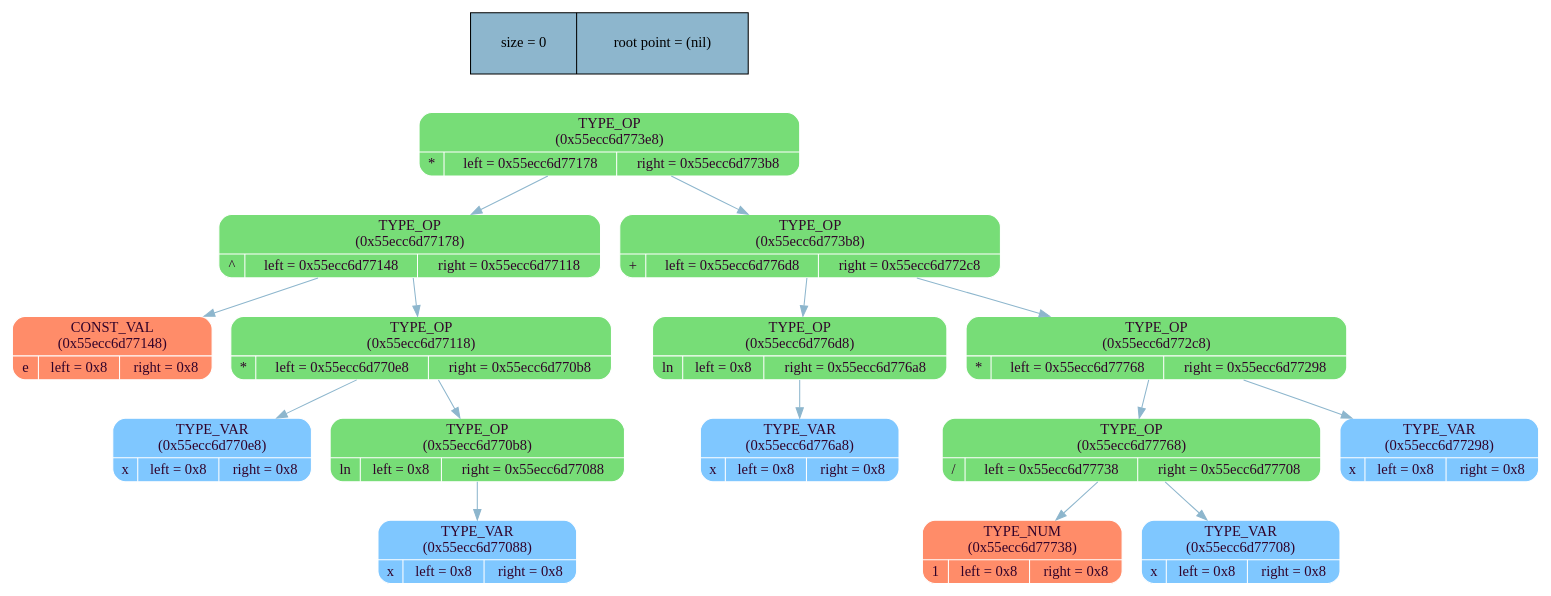
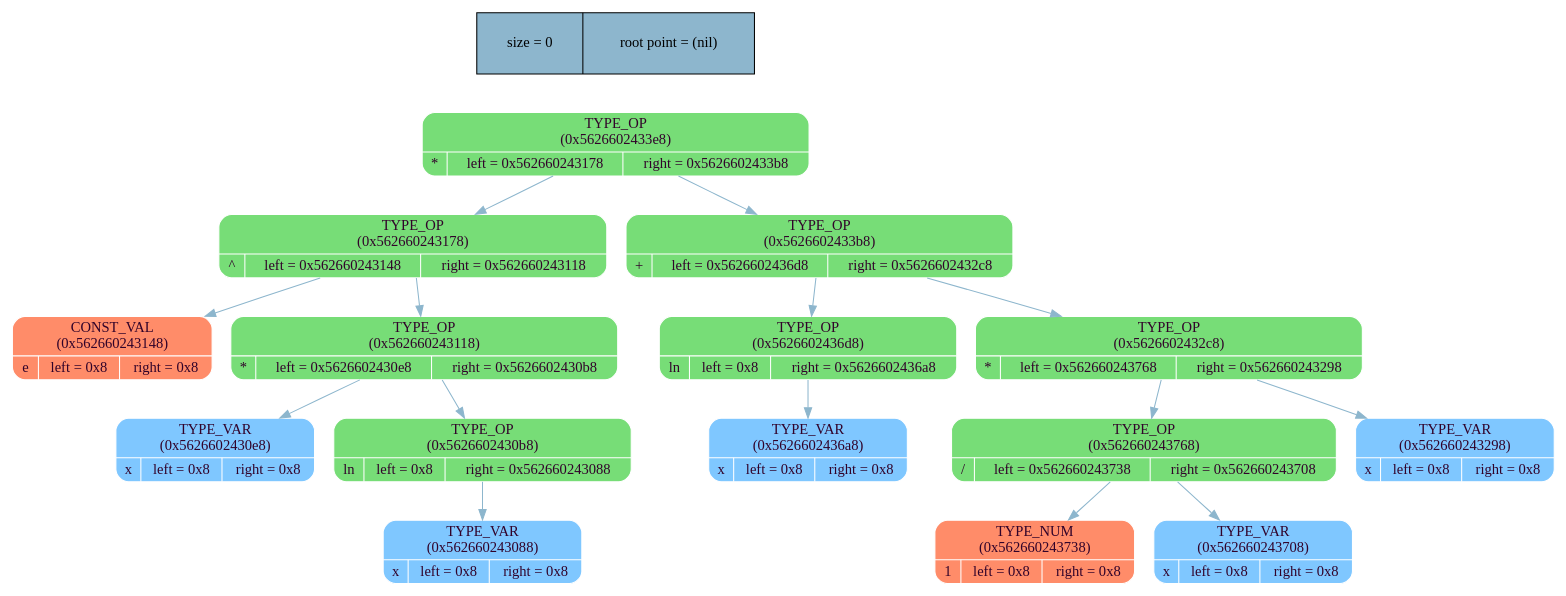
The diagram in tree/graph_lib/tree_dump.dot (MaxGroshev/differentiator), drawn with Graphviz before and after one commit. The commit also changed 7 other files, not shown here.

```diff
--- a/tree/graph_lib/tree_dump.dot
+++ b/tree/graph_lib/tree_dump.dot
@@ -1,38 +1,38 @@
 digraph   
 {
 rankdir = ""
 splines = "true"
 
 node_stat [margin = "0.3*0.3", style = "filled", shape = "record", fillcolor = "#8DB6CD" label = " size = 0 | root point = (nil)"]
 {rank = source; node_stat}
 
-node0x55ecc6d773e8 [shape = "Mrecord", fillcolor = "#77DD77", style = "filled", fontcolor = "#31032A", fontname = "Calibri", color = "white", label = "{TYPE_OP\n (0x55ecc6d773e8)| {* |left = 0x55ecc6d77178 |right = 0x55ecc6d773b8}}"]
-node0x55ecc6d773e8 -> node0x55ecc6d77178 [color = "#8DB6CD", style = "", constraint = true, fillcolor = "#8DB6CD",   fontcolor = "", fontname = "Calibri", label = ""];
-node0x55ecc6d77178 [shape = "Mrecord", fillcolor = "#77DD77", style = "filled", fontcolor = "#31032A", fontname = "Calibri", color = "white", label = "{TYPE_OP\n (0x55ecc6d77178)| {^ |left = 0x55ecc6d77148 |right = 0x55ecc6d77118}}"]
-node0x55ecc6d77178 -> node0x55ecc6d77148 [color = "#8DB6CD", style = "", constraint = true, fillcolor = "#8DB6CD",   fontcolor = "", fontname = "Calibri", label = ""];
-node0x55ecc6d77148 [shape = "Mrecord", fillcolor = "#FF8C69", style = "filled", fontcolor = "#31032A", fontname = "Calibri", color = "white", label = "{CONST_VAL\n (0x55ecc6d77148)| {e |left = 0x8 |right = 0x8}}"]
-node0x55ecc6d77178 -> node0x55ecc6d77118 [color = "#8DB6CD", style = "", constraint = true, fillcolor = "#8DB6CD",   fontcolor = "", fontname = "Calibri", label = ""];
-node0x55ecc6d77118 [shape = "Mrecord", fillcolor = "#77DD77", style = "filled", fontcolor = "#31032A", fontname = "Calibri", color = "white", label = "{TYPE_OP\n (0x55ecc6d77118)| {* |left = 0x55ecc6d770e8 |right = 0x55ecc6d770b8}}"]
-node0x55ecc6d77118 -> node0x55ecc6d770e8 [color = "#8DB6CD", style = "", constraint = true, fillcolor = "#8DB6CD",   fontcolor = "", fontname = "Calibri", label = ""];
-node0x55ecc6d770e8 [shape = "Mrecord", fillcolor = "#7FC7FF", style = "filled", fontcolor = "#31032A", fontname = "Calibri", color = "white", label = "{TYPE_VAR\n (0x55ecc6d770e8)| {x |left = 0x8 |right = 0x8}}"]
-node0x55ecc6d77118 -> node0x55ecc6d770b8 [color = "#8DB6CD", style = "", constraint = true, fillcolor = "#8DB6CD",   fontcolor = "", fontname = "Calibri", label = ""];
-node0x55ecc6d770b8 [shape = "Mrecord", fillcolor = "#77DD77", style = "filled", fontcolor = "#31032A", fontname = "Calibri", color = "white", label = "{TYPE_OP\n (0x55ecc6d770b8)| {ln |left = 0x8 |right = 0x55ecc6d77088}}"]
-node0x55ecc6d770b8 -> node0x55ecc6d77088 [color = "#8DB6CD", style = "", constraint = true, fillcolor = "#8DB6CD",   fontcolor = "", fontname = "Calibri", label = ""];
-node0x55ecc6d77088 [shape = "Mrecord", fillcolor = "#7FC7FF", style = "filled", fontcolor = "#31032A", fontname = "Calibri", color = "white", label = "{TYPE_VAR\n (0x55ecc6d77088)| {x |left = 0x8 |right = 0x8}}"]
-node0x55ecc6d773e8 -> node0x55ecc6d773b8 [color = "#8DB6CD", style = "", constraint = true, fillcolor = "#8DB6CD",   fontcolor = "", fontname = "Calibri", label = ""];
-node0x55ecc6d773b8 [shape = "Mrecord", fillcolor = "#77DD77", style = "filled", fontcolor = "#31032A", fontname = "Calibri", color = "white", label = "{TYPE_OP\n (0x55ecc6d773b8)| {+ |left = 0x55ecc6d776d8 |right = 0x55ecc6d772c8}}"]
-node0x55ecc6d773b8 -> node0x55ecc6d776d8 [color = "#8DB6CD", style = "", constraint = true, fillcolor = "#8DB6CD",   fontcolor = "", fontname = "Calibri", label = ""];
-node0x55ecc6d776d8 [shape = "Mrecord", fillcolor = "#77DD77", style = "filled", fontcolor = "#31032A", fontname = "Calibri", color = "white", label = "{TYPE_OP\n (0x55ecc6d776d8)| {ln |left = 0x8 |right = 0x55ecc6d776a8}}"]
-node0x55ecc6d776d8 -> node0x55ecc6d776a8 [color = "#8DB6CD", style = "", constraint = true, fillcolor = "#8DB6CD",   fontcolor = "", fontname = "Calibri", label = ""];
-node0x55ecc6d776a8 [shape = "Mrecord", fillcolor = "#7FC7FF", style = "filled", fontcolor = "#31032A", fontname = "Calibri", color = "white", label = "{TYPE_VAR\n (0x55ecc6d776a8)| {x |left = 0x8 |right = 0x8}}"]
-node0x55ecc6d773b8 -> node0x55ecc6d772c8 [color = "#8DB6CD", style = "", constraint = true, fillcolor = "#8DB6CD",   fontcolor = "", fontname = "Calibri", label = ""];
-node0x55ecc6d772c8 [shape = "Mrecord", fillcolor = "#77DD77", style = "filled", fontcolor = "#31032A", fontname = "Calibri", color = "white", label = "{TYPE_OP\n (0x55ecc6d772c8)| {* |left = 0x55ecc6d77768 |right = 0x55ecc6d77298}}"]
-node0x55ecc6d772c8 -> node0x55ecc6d77768 [color = "#8DB6CD", style = "", constraint = true, fillcolor = "#8DB6CD",   fontcolor = "", fontname = "Calibri", label = ""];
-node0x55ecc6d77768 [shape = "Mrecord", fillcolor = "#77DD77", style = "filled", fontcolor = "#31032A", fontname = "Calibri", color = "white", label = "{TYPE_OP\n (0x55ecc6d77768)| {/ |left = 0x55ecc6d77738 |right = 0x55ecc6d77708}}"]
-node0x55ecc6d77768 -> node0x55ecc6d77738 [color = "#8DB6CD", style = "", constraint = true, fillcolor = "#8DB6CD",   fontcolor = "", fontname = "Calibri", label = ""];
-node0x55ecc6d77738 [shape = "Mrecord", fillcolor = "#FF8C69", style = "filled", fontcolor = "#31032A", fontname = "Calibri", color = "white", label = "{TYPE_NUM\n (0x55ecc6d77738)| {1 |left = 0x8 |right = 0x8}}"]
-node0x55ecc6d77768 -> node0x55ecc6d77708 [color = "#8DB6CD", style = "", constraint = true, fillcolor = "#8DB6CD",   fontcolor = "", fontname = "Calibri", label = ""];
-node0x55ecc6d77708 [shape = "Mrecord", fillcolor = "#7FC7FF", style = "filled", fontcolor = "#31032A", fontname = "Calibri", color = "white", label = "{TYPE_VAR\n (0x55ecc6d77708)| {x |left = 0x8 |right = 0x8}}"]
-node0x55ecc6d772c8 -> node0x55ecc6d77298 [color = "#8DB6CD", style = "", constraint = true, fillcolor = "#8DB6CD",   fontcolor = "", fontname = "Calibri", label = ""];
-node0x55ecc6d77298 [shape = "Mrecord", fillcolor = "#7FC7FF", style = "filled", fontcolor = "#31032A", fontname = "Calibri", color = "white", label = "{TYPE_VAR\n (0x55ecc6d77298)| {x |left = 0x8 |right = 0x8}}"]
+node0x5626602433e8 [shape = "Mrecord", fillcolor = "#77DD77", style = "filled", fontcolor = "#31032A", fontname = "Calibri", color = "white", label = "{TYPE_OP\n (0x5626602433e8)| {* |left = 0x562660243178 |right = 0x5626602433b8}}"]
+node0x5626602433e8 -> node0x562660243178 [color = "#8DB6CD", style = "", constraint = true, fillcolor = "#8DB6CD",   fontcolor = "", fontname = "Calibri", label = ""];
+node0x562660243178 [shape = "Mrecord", fillcolor = "#77DD77", style = "filled", fontcolor = "#31032A", fontname = "Calibri", color = "white", label = "{TYPE_OP\n (0x562660243178)| {^ |left = 0x562660243148 |right = 0x562660243118}}"]
+node0x562660243178 -> node0x562660243148 [color = "#8DB6CD", style = "", constraint = true, fillcolor = "#8DB6CD",   fontcolor = "", fontname = "Calibri", label = ""];
+node0x562660243148 [shape = "Mrecord", fillcolor = "#FF8C69", style = "filled", fontcolor = "#31032A", fontname = "Calibri", color = "white", label = "{CONST_VAL\n (0x562660243148)| {e |left = 0x8 |right = 0x8}}"]
+node0x562660243178 -> node0x562660243118 [color = "#8DB6CD", style = "", constraint = true, fillcolor = "#8DB6CD",   fontcolor = "", fontname = "Calibri", label = ""];
+node0x562660243118 [shape = "Mrecord", fillcolor = "#77DD77", style = "filled", fontcolor = "#31032A", fontname = "Calibri", color = "white", label = "{TYPE_OP\n (0x562660243118)| {* |left = 0x5626602430e8 |right = 0x5626602430b8}}"]
+node0x562660243118 -> node0x5626602430e8 [color = "#8DB6CD", style = "", constraint = true, fillcolor = "#8DB6CD",   fontcolor = "", fontname = "Calibri", label = ""];
+node0x5626602430e8 [shape = "Mrecord", fillcolor = "#7FC7FF", style = "filled", fontcolor = "#31032A", fontname = "Calibri", color = "white", label = "{TYPE_VAR\n (0x5626602430e8)| {x |left = 0x8 |right = 0x8}}"]
+node0x562660243118 -> node0x5626602430b8 [color = "#8DB6CD", style = "", constraint = true, fillcolor = "#8DB6CD",   fontcolor = "", fontname = "Calibri", label = ""];
+node0x5626602430b8 [shape = "Mrecord", fillcolor = "#77DD77", style = "filled", fontcolor = "#31032A", fontname = "Calibri", color = "white", label = "{TYPE_OP\n (0x5626602430b8)| {ln |left = 0x8 |right = 0x562660243088}}"]
+node0x5626602430b8 -> node0x562660243088 [color = "#8DB6CD", style = "", constraint = true, fillcolor = "#8DB6CD",   fontcolor = "", fontname = "Calibri", label = ""];
+node0x562660243088 [shape = "Mrecord", fillcolor = "#7FC7FF", style = "filled", fontcolor = "#31032A", fontname = "Calibri", color = "white", label = "{TYPE_VAR\n (0x562660243088)| {x |left = 0x8 |right = 0x8}}"]
+node0x5626602433e8 -> node0x5626602433b8 [color = "#8DB6CD", style = "", constraint = true, fillcolor = "#8DB6CD",   fontcolor = "", fontname = "Calibri", label = ""];
+node0x5626602433b8 [shape = "Mrecord", fillcolor = "#77DD77", style = "filled", fontcolor = "#31032A", fontname = "Calibri", color = "white", label = "{TYPE_OP\n (0x5626602433b8)| {+ |left = 0x5626602436d8 |right = 0x5626602432c8}}"]
+node0x5626602433b8 -> node0x5626602436d8 [color = "#8DB6CD", style = "", constraint = true, fillcolor = "#8DB6CD",   fontcolor = "", fontname = "Calibri", label = ""];
+node0x5626602436d8 [shape = "Mrecord", fillcolor = "#77DD77", style = "filled", fontcolor = "#31032A", fontname = "Calibri", color = "white", label = "{TYPE_OP\n (0x5626602436d8)| {ln |left = 0x8 |right = 0x5626602436a8}}"]
+node0x5626602436d8 -> node0x5626602436a8 [color = "#8DB6CD", style = "", constraint = true, fillcolor = "#8DB6CD",   fontcolor = "", fontname = "Calibri", label = ""];
+node0x5626602436a8 [shape = "Mrecord", fillcolor = "#7FC7FF", style = "filled", fontcolor = "#31032A", fontname = "Calibri", color = "white", label = "{TYPE_VAR\n (0x5626602436a8)| {x |left = 0x8 |right = 0x8}}"]
+node0x5626602433b8 -> node0x5626602432c8 [color = "#8DB6CD", style = "", constraint = true, fillcolor = "#8DB6CD",   fontcolor = "", fontname = "Calibri", label = ""];
+node0x5626602432c8 [shape = "Mrecord", fillcolor = "#77DD77", style = "filled", fontcolor = "#31032A", fontname = "Calibri", color = "white", label = "{TYPE_OP\n (0x5626602432c8)| {* |left = 0x562660243768 |right = 0x562660243298}}"]
+node0x5626602432c8 -> node0x562660243768 [color = "#8DB6CD", style = "", constraint = true, fillcolor = "#8DB6CD",   fontcolor = "", fontname = "Calibri", label = ""];
+node0x562660243768 [shape = "Mrecord", fillcolor = "#77DD77", style = "filled", fontcolor = "#31032A", fontname = "Calibri", color = "white", label = "{TYPE_OP\n (0x562660243768)| {/ |left = 0x562660243738 |right = 0x562660243708}}"]
+node0x562660243768 -> node0x562660243738 [color = "#8DB6CD", style = "", constraint = true, fillcolor = "#8DB6CD",   fontcolor = "", fontname = "Calibri", label = ""];
+node0x562660243738 [shape = "Mrecord", fillcolor = "#FF8C69", style = "filled", fontcolor = "#31032A", fontname = "Calibri", color = "white", label = "{TYPE_NUM\n (0x562660243738)| {1 |left = 0x8 |right = 0x8}}"]
+node0x562660243768 -> node0x562660243708 [color = "#8DB6CD", style = "", constraint = true, fillcolor = "#8DB6CD",   fontcolor = "", fontname = "Calibri", label = ""];
+node0x562660243708 [shape = "Mrecord", fillcolor = "#7FC7FF", style = "filled", fontcolor = "#31032A", fontname = "Calibri", color = "white", label = "{TYPE_VAR\n (0x562660243708)| {x |left = 0x8 |right = 0x8}}"]
+node0x5626602432c8 -> node0x562660243298 [color = "#8DB6CD", style = "", constraint = true, fillcolor = "#8DB6CD",   fontcolor = "", fontname = "Calibri", label = ""];
+node0x562660243298 [shape = "Mrecord", fillcolor = "#7FC7FF", style = "filled", fontcolor = "#31032A", fontname = "Calibri", color = "white", label = "{TYPE_VAR\n (0x562660243298)| {x |left = 0x8 |right = 0x8}}"]
 }
```
